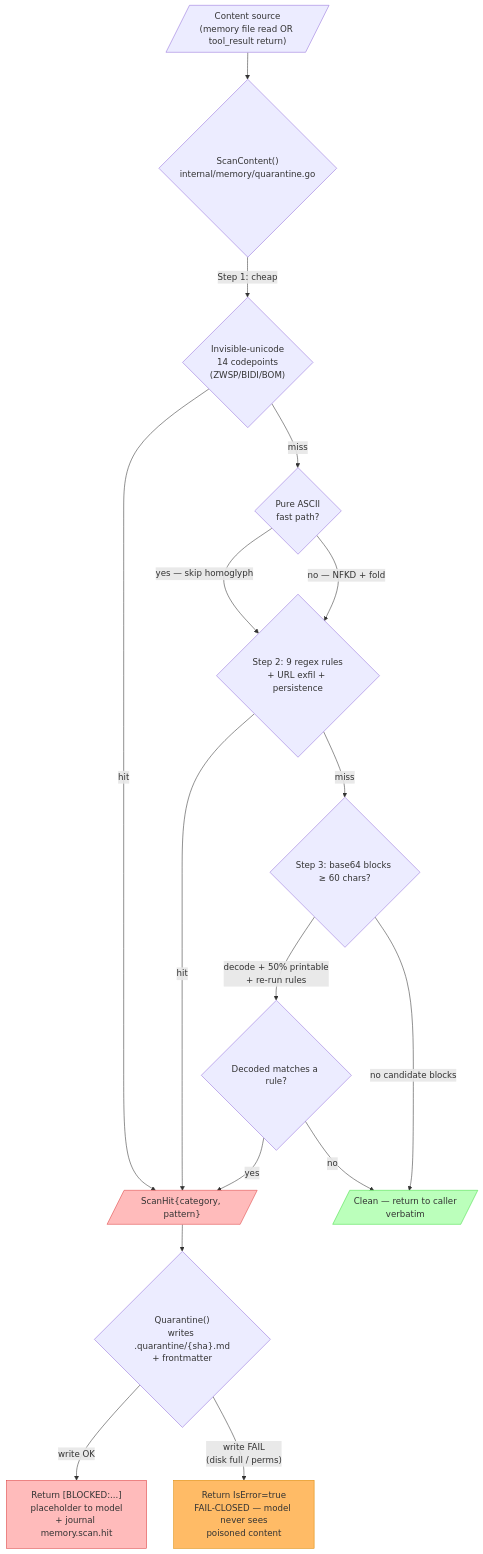
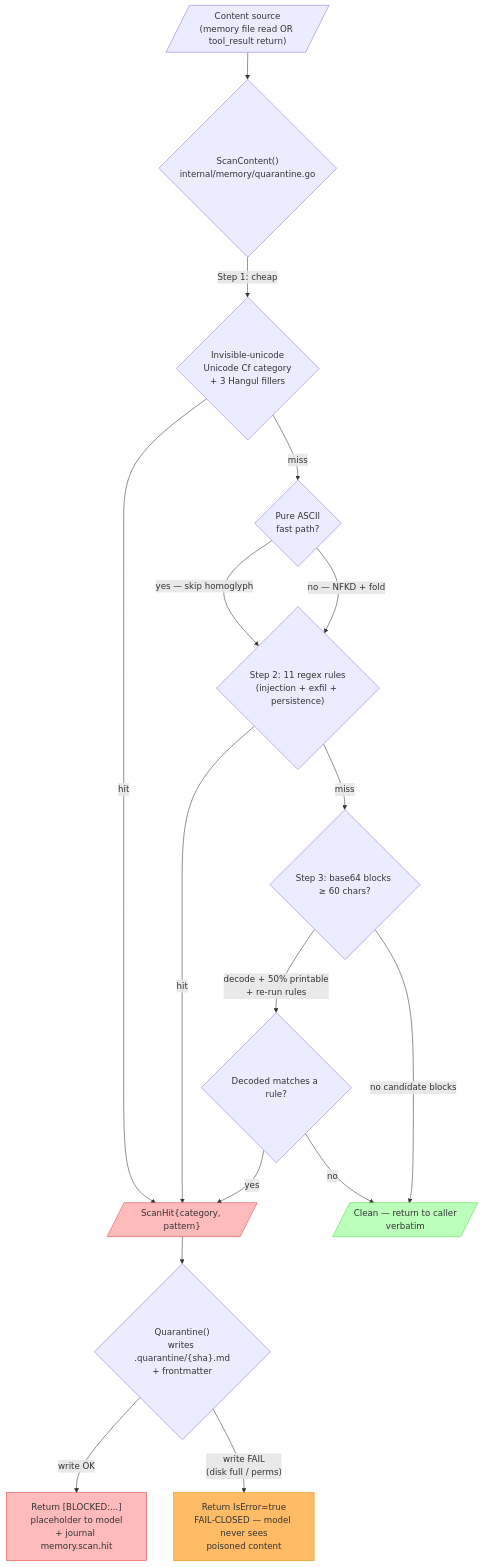
The diagram in docs/security/threat-model.mdx (crewship-ai/crewship), drawn with Mermaid before and after one commit. The commit also changed other lines of this file and 108 other files, not shown here.

````diff
--- a/docs/security/threat-model.mdx
+++ b/docs/security/threat-model.mdx
@@ -203,34 +208,34 @@
 ```mermaid
 flowchart TD
     src[/"Content source<br/>(memory file read OR tool_result return)"/]
     src --> scan{"ScanContent()<br/>internal/memory/quarantine.go"}
 
-    scan -->|"Step 1: cheap"| u{"Invisible-unicode<br/>14 codepoints<br/>(ZWSP/BIDI/BOM)"}
+    scan -->|"Step 1: cheap"| u{"Invisible-unicode<br/>Unicode Cf category<br/>+ 3 Hangul fillers"}
     u -->|hit| hit
     u -->|miss| ascii{"Pure ASCII<br/>fast path?"}
 
     ascii -->|"yes — skip homoglyph"| rules
     ascii -->|"no — NFKD + fold"| rules
 
-    rules{"Step 2: 9 regex rules<br/>+ URL exfil + persistence"}
+    rules{"Step 2: 11 regex rules<br/>(injection + exfil + persistence)"}
     rules -->|hit| hit
     rules -->|miss| b64{"Step 3: base64 blocks ≥ 60 chars?"}
 
     b64 -->|"decode + 50% printable<br/>+ re-run rules"| dec{"Decoded matches a rule?"}
     dec -->|yes| hit
     dec -->|no| clean[/"Clean — return to caller<br/>verbatim"/]
     b64 -->|"no candidate blocks"| clean
 
     hit[/"ScanHit{category, pattern}"/]
     hit --> q{"Quarantine()<br/>writes .quarantine/{sha}.md<br/>+ frontmatter"}
 
     q -->|"write OK"| ph["Return [BLOCKED:...]<br/>placeholder to model<br/>+ journal memory.scan.hit"]
     q -->|"write FAIL<br/>(disk full / perms)"| err["Return IsError=true<br/>FAIL-CLOSED — model never sees<br/>poisoned content"]
 
     classDef hit fill:#fbb,stroke:#d44
     classDef clean fill:#bfb,stroke:#4d4
     classDef err fill:#fb6,stroke:#d80
     class hit,ph hit
     class clean clean
     class err err
 ```
````
